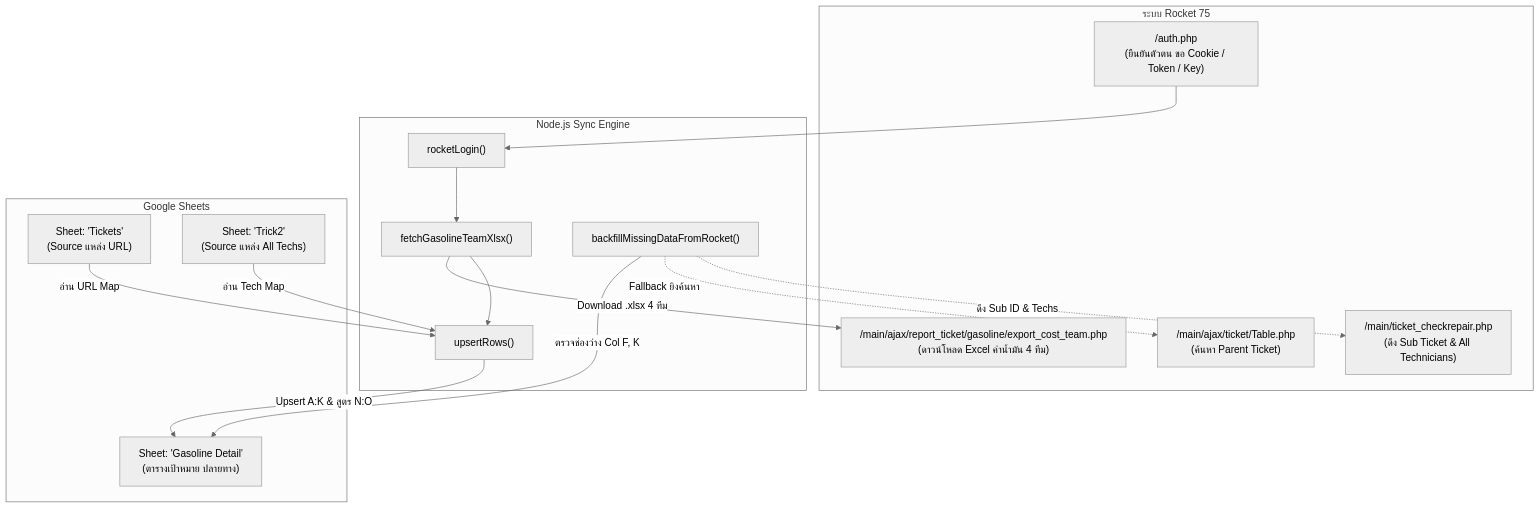
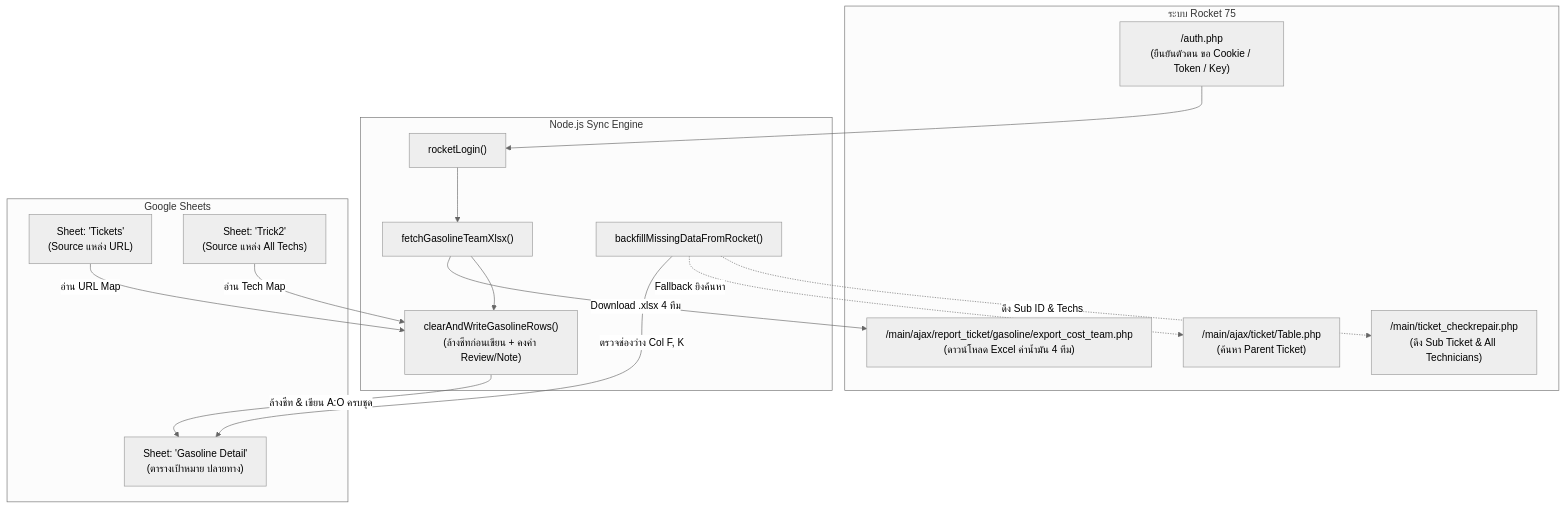
Before and after one commit to analystsevenfive/sync_rocket_75: the diagram in docs/GASOLINE_DETAIL_DOCUMENTATION.md, drawn with Mermaid (neutral theme). The commit also changed other lines of this file and 4 other files, not shown here.

Commit message:
feat(gasoline): sync 1 month lookback and clear sheet before writing

````diff
--- a/docs/GASOLINE_DETAIL_DOCUMENTATION.md
+++ b/docs/GASOLINE_DETAIL_DOCUMENTATION.md
@@ -40,33 +40,33 @@
 ```mermaid
 flowchart TD
     subgraph Rocket75 [ระบบ Rocket 75]
         R_AUTH["/auth.php<br>(ยืนยันตัวตน ขอ Cookie / Token / Key)"]
         R_EXP["/main/ajax/report_ticket/gasoline/export_cost_team.php<br>(ดาวน์โหลด Excel ค่าน้ำมัน 4 ทีม)"]
         R_SEARCH["/main/ajax/ticket/Table.php<br>(ค้นหา Parent Ticket)"]
         R_CHECK["/main/ticket_checkrepair.php<br>(ดึง Sub Ticket & All Technicians)"]
     end
 
     subgraph Engine [Node.js Sync Engine]
         AUTH_STEP["rocketLogin()"]
         FETCH_STEP["fetchGasolineTeamXlsx()"]
-        UPSERT_STEP["upsertRows()"]
+        CLEAR_WRITE_STEP["clearAndWriteGasolineRows()<br>(ล้างชีทก่อนเขียน + คงค่า Review/Note)"]
         BACKFILL_STEP["backfillMissingDataFromRocket()"]
     end
 
     subgraph GoogleSheets [Google Sheets]
         SHEET_TICKETS["Sheet: 'Tickets'<br>(Source แหล่ง URL)"]
         SHEET_TRICK2["Sheet: 'Trick2'<br>(Source แหล่ง All Techs)"]
         SHEET_GASOLINE["Sheet: 'Gasoline Detail'<br>(ตารางเป้าหมาย ปลายทาง)"]
     end
 
     R_AUTH --> AUTH_STEP
     AUTH_STEP --> FETCH_STEP
     FETCH_STEP -->|Download .xlsx 4 ทีม| R_EXP
-    SHEET_TICKETS -->|อ่าน URL Map| UPSERT_STEP
-    SHEET_TRICK2 -->|อ่าน Tech Map| UPSERT_STEP
-    FETCH_STEP --> UPSERT_STEP
-    UPSERT_STEP -->|Upsert A:K & สูตร N:O| SHEET_GASOLINE
+    SHEET_TICKETS -->|อ่าน URL Map| CLEAR_WRITE_STEP
+    SHEET_TRICK2 -->|อ่าน Tech Map| CLEAR_WRITE_STEP
+    FETCH_STEP --> CLEAR_WRITE_STEP
+    CLEAR_WRITE_STEP -->|ล้างชีท & เขียน A:O ครบชุด| SHEET_GASOLINE
     BACKFILL_STEP -->|ตรวจช่องว่าง Col F, K| SHEET_GASOLINE
     BACKFILL_STEP -.->|Fallback ยิงค้นหา| R_SEARCH
     BACKFILL_STEP -.->|ดึง Sub ID & Techs| R_CHECK
 ```
````
